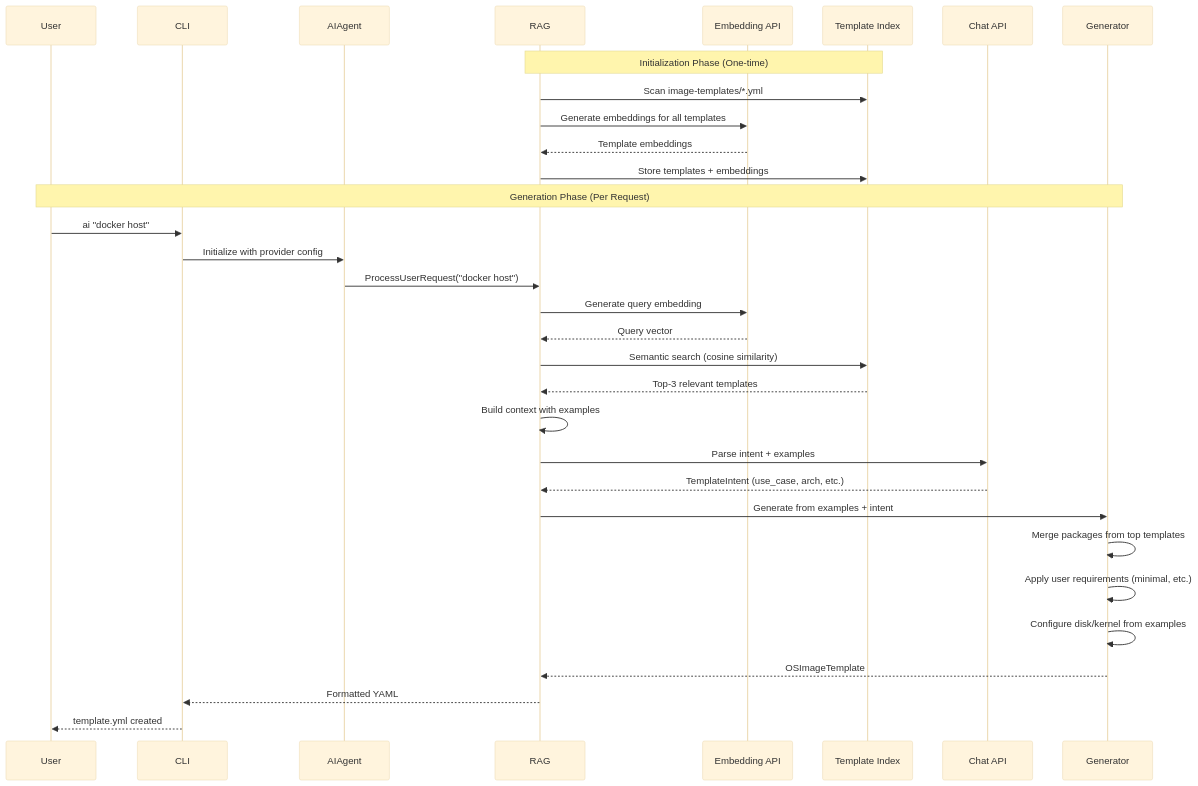
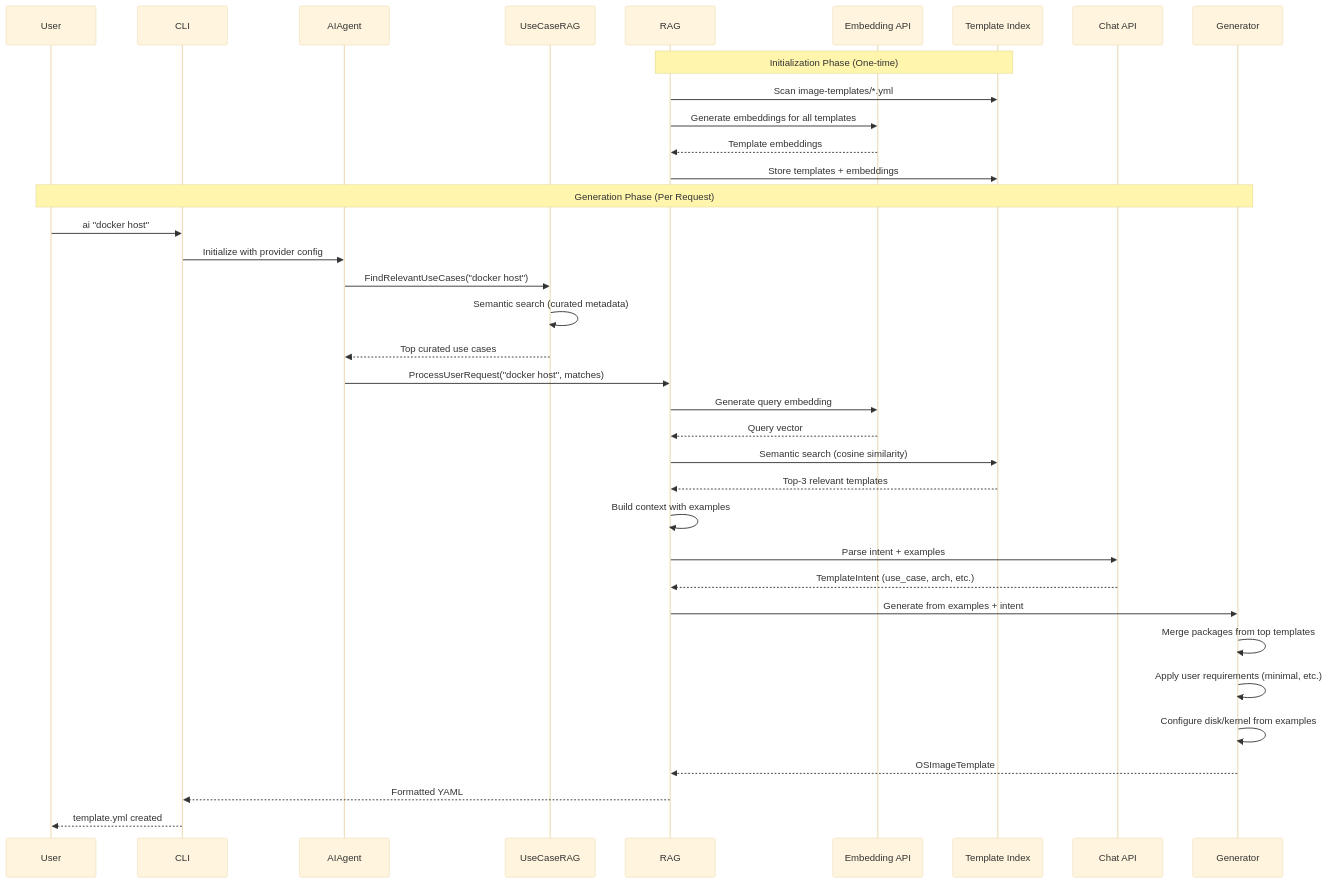
Before and after one commit to open-edge-platform/os-image-composer: the third of 4 diagrams in docs/architecture/os-oimage-composer-ai-asistant.md, drawn with Mermaid (base theme). The commit also changed other lines of this file and 8 other files, not shown here.

Commit message:
added use-case rag guidance in addition to template based RAG

````diff
--- a/docs/architecture/os-oimage-composer-ai-asistant.md
+++ b/docs/architecture/os-oimage-composer-ai-asistant.md
@@ -225,41 +228,45 @@
 ```mermaid
 sequenceDiagram
     participant User
     participant CLI
     participant AIAgent
-    participant RAG
+  participant UseCaseRAG
+  participant RAG
     participant EmbedAPI as Embedding API
     participant TemplateDB as Template Index
     participant ChatAPI as Chat API
     participant Generator
     
     Note over RAG,TemplateDB: Initialization Phase (One-time)
     RAG->>TemplateDB: Scan image-templates/*.yml
     RAG->>EmbedAPI: Generate embeddings for all templates
     EmbedAPI-->>RAG: Template embeddings
     RAG->>TemplateDB: Store templates + embeddings
     
     Note over User,Generator: Generation Phase (Per Request)
     User->>CLI: ai "docker host"
     CLI->>AIAgent: Initialize with provider config
-    AIAgent->>RAG: ProcessUserRequest("docker host")
-    
-    RAG->>EmbedAPI: Generate query embedding
+  AIAgent->>UseCaseRAG: FindRelevantUseCases("docker host")
+  UseCaseRAG->>UseCaseRAG: Semantic search (curated metadata)
+  UseCaseRAG-->>AIAgent: Top curated use cases
+  AIAgent->>RAG: ProcessUserRequest("docker host", matches)
+
+  RAG->>EmbedAPI: Generate query embedding
     EmbedAPI-->>RAG: Query vector
     
     RAG->>TemplateDB: Semantic search (cosine similarity)
     TemplateDB-->>RAG: Top-3 relevant templates
     
     RAG->>RAG: Build context with examples
     RAG->>ChatAPI: Parse intent + examples
     ChatAPI-->>RAG: TemplateIntent (use_case, arch, etc.)
     
     RAG->>Generator: Generate from examples + intent
     Generator->>Generator: Merge packages from top templates
     Generator->>Generator: Apply user requirements (minimal, etc.)
     Generator->>Generator: Configure disk/kernel from examples
     Generator-->>RAG: OSImageTemplate
     
     RAG-->>CLI: Formatted YAML
     CLI-->>User: template.yml created
 ```
````
